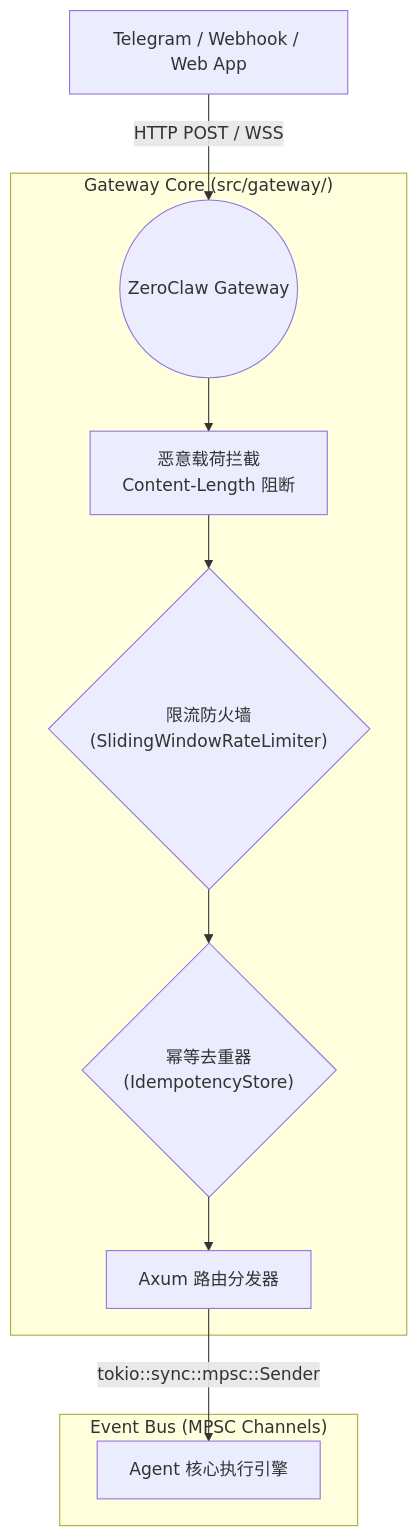
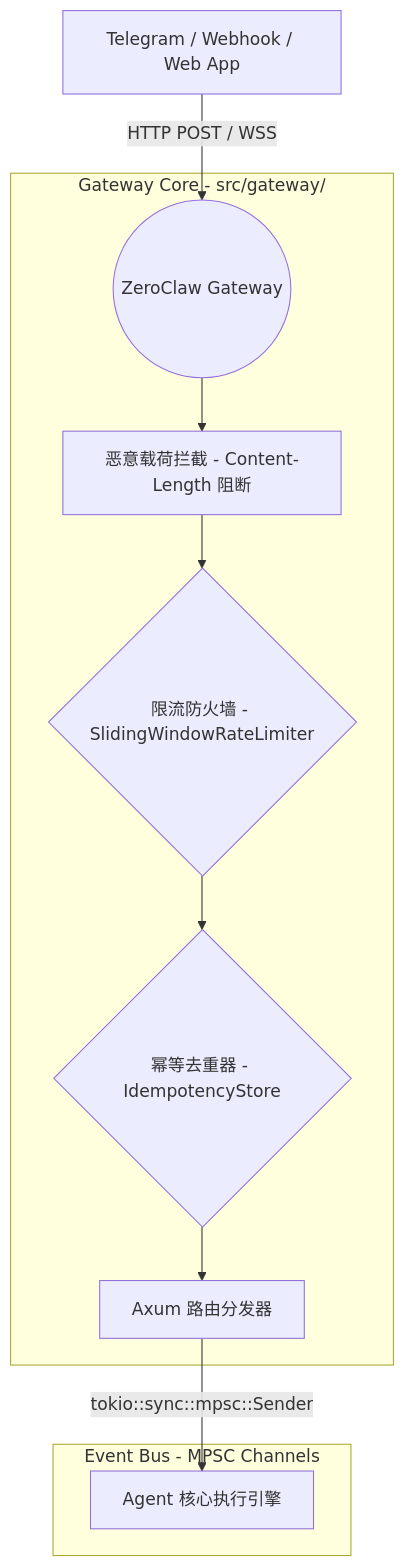
The diagram in src/07_channels_and_gateway.md (fannnzhang/zeroclaw-source-book), drawn with Mermaid before and after one commit. The commit also changed 5 other files, not shown here.

Commit message:
fix: correct Mermaid diagram syntax and chapter numbering in all docs

````diff
--- a/src/07_channels_and_gateway.md
+++ b/src/07_channels_and_gateway.md
@@ -47,19 +47,19 @@
 ```mermaid
 graph TD
-    Client[Telegram / Webhook / Web App] -->|HTTP POST / WSS| Gateway((ZeroClaw Gateway))
+    Client["Telegram / Webhook / Web App"] -->|"HTTP POST / WSS"| GatewayNode(("ZeroClaw Gateway"))
     
-    subgraph "Gateway Core (src/gateway/)"
-        RateLimiter{"限流防火墙<br/>(SlidingWindowRateLimiter)"}
-        IdempotencyStore{"幂等去重器<br/>(IdempotencyStore)"}
-        PayloadValidation[恶意载荷拦截<br/>Content-Length 阻断]
+    subgraph gateway_core["Gateway Core - src/gateway/"]
+        RateLimiter{"限流防火墙 - SlidingWindowRateLimiter"}
+        IdempotencyStore_node{"幂等去重器 - IdempotencyStore"}
+        PayloadValidation["恶意载荷拦截 - Content-Length 阻断"]
         
-        Gateway --> PayloadValidation
+        GatewayNode --> PayloadValidation
         PayloadValidation --> RateLimiter
-        RateLimiter --> IdempotencyStore
-        IdempotencyStore --> Routes[Axum 路由分发器]
+        RateLimiter --> IdempotencyStore_node
+        IdempotencyStore_node --> Routes["Axum 路由分发器"]
     end
     
-    subgraph "Event Bus (MPSC Channels)"
-        Routes -->|tokio::sync::mpsc::Sender| Core[Agent 核心执行引擎]
+    subgraph event_bus["Event Bus - MPSC Channels"]
+        Routes -->|"tokio::sync::mpsc::Sender"| Core["Agent 核心执行引擎"]
     end
 ```
````
